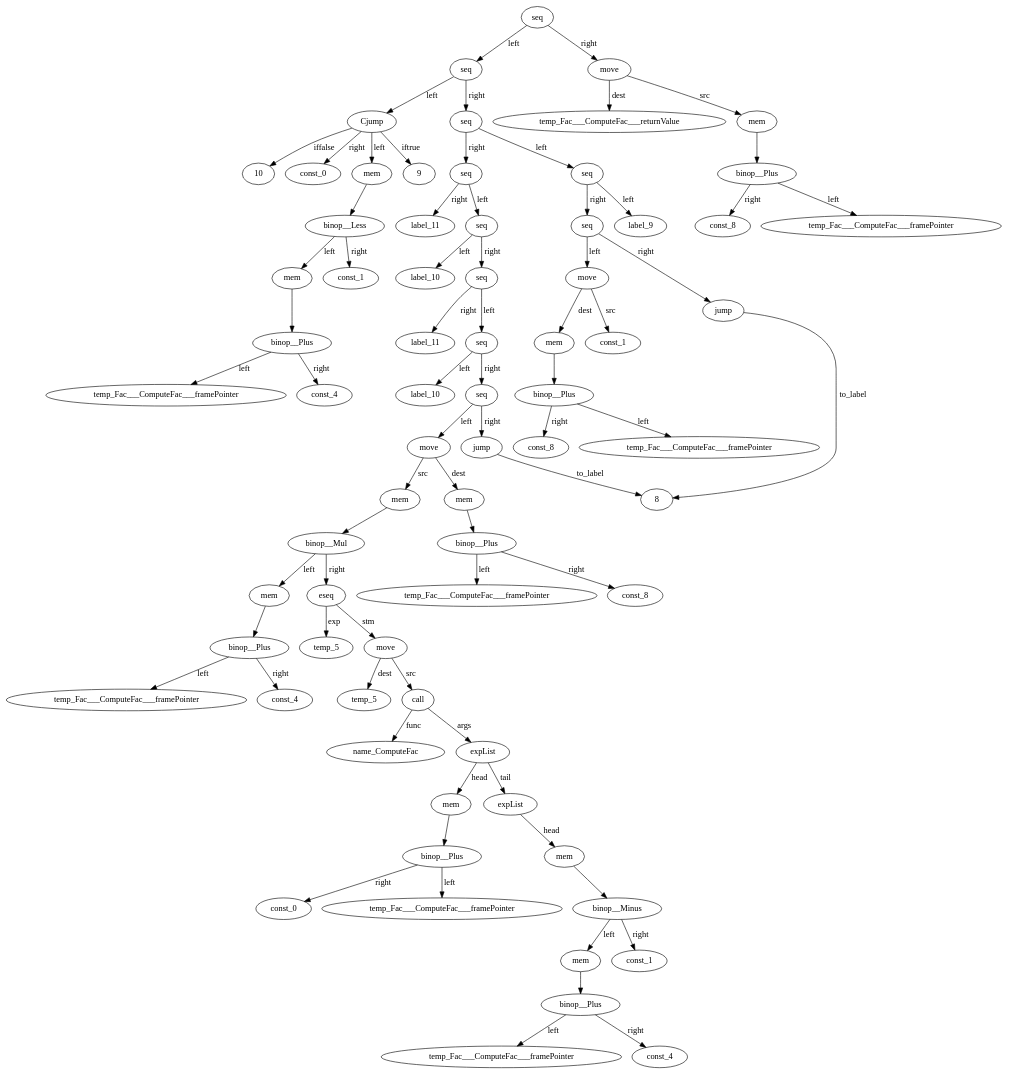
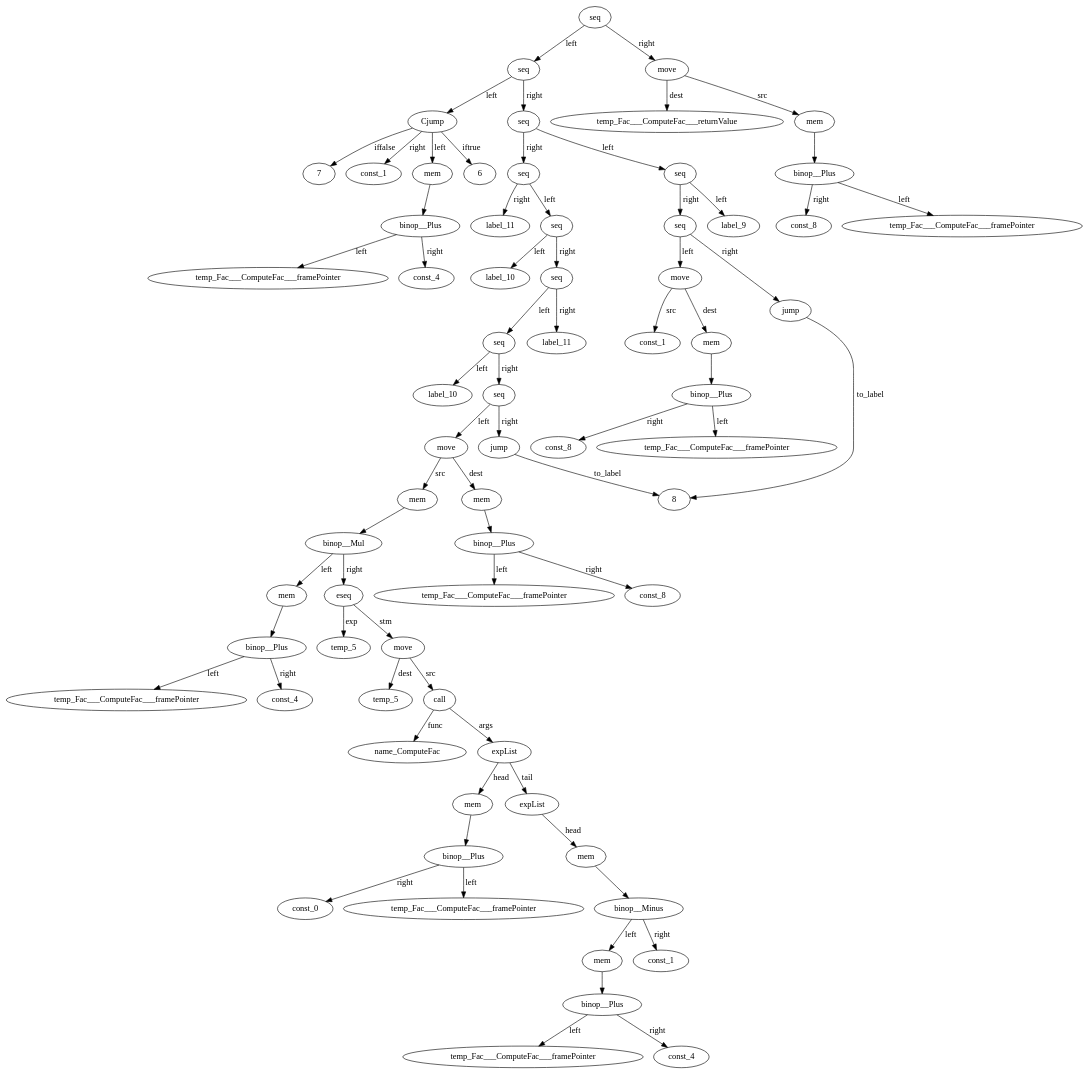
The diagram in Compiler/Compiler/IRTree_Fac___ComputeFac.dot (AnnaSavinova/GirlsHeapCompiler), drawn with Graphviz before and after one commit. The commit also changed 13 other files, not shown here.

```diff
--- a/Compiler/Compiler/IRTree_Fac___ComputeFac.dot
+++ b/Compiler/Compiler/IRTree_Fac___ComputeFac.dot
@@ -1,142 +1,136 @@
 digraph {
-const_0__id_0 [ label="const_0" ]; 
+const_1__id_0 [ label="const_1" ]; 
 temp_Fac___ComputeFac___framePointer__id_1 [ label="temp_Fac___ComputeFac___framePointer" ]; 
 const_4__id_2 [ label="const_4" ]; 
 binop__Plus__id_3 [ label="binop__Plus" ]; 
 binop__Plus__id_3 -> const_4__id_2 [ label="right"] ; 
 binop__Plus__id_3 -> temp_Fac___ComputeFac___framePointer__id_1 [ label="left"] ; 
 mem__id_4 [ label="mem" ]; 
 mem__id_4 -> binop__Plus__id_3 ; 
-const_1__id_5 [ label="const_1" ]; 
-binop__Less__id_6 [ label="binop__Less" ]; 
-binop__Less__id_6 -> const_1__id_5 [ label="right"] ; 
-binop__Less__id_6 -> mem__id_4 [ label="left"] ; 
-mem__id_7 [ label="mem" ]; 
-mem__id_7 -> binop__Less__id_6 ; 
-Cjump__id_8 [ label="Cjump" ]; 
-Cjump__id_8 -> const_0__id_0 [ label="right"] ; 
-Cjump__id_8 -> mem__id_7 [ label="left"] ; 
-Cjump__id_8 -> 9 [ label="iftrue"] ; 
-Cjump__id_8 -> 10 [ label="iffalse"] ; 
-label_9__id_9 [ label="label_9" ]; 
-temp_Fac___ComputeFac___framePointer__id_10 [ label="temp_Fac___ComputeFac___framePointer" ]; 
-const_8__id_11 [ label="const_8" ]; 
-binop__Plus__id_12 [ label="binop__Plus" ]; 
-binop__Plus__id_12 -> const_8__id_11 [ label="right"] ; 
-binop__Plus__id_12 -> temp_Fac___ComputeFac___framePointer__id_10 [ label="left"] ; 
-mem__id_13 [ label="mem" ]; 
-mem__id_13 -> binop__Plus__id_12 ; 
-const_1__id_14 [ label="const_1" ]; 
-move__id_15 [ label="move" ]; 
-move__id_15 -> mem__id_13 [ label="dest"] ; 
-move__id_15 -> const_1__id_14 [ label="src"] ; 
-jump__id_16 [ label="jump" ]; 
-jump__id_16 -> 8 [ label="to_label"] ; 
-seq__id_17 [ label="seq" ]; 
-seq__id_17 -> move__id_15 [ label="left"] ; 
-seq__id_17 -> jump__id_16 [ label="right"] ; 
-seq__id_18 [ label="seq" ]; 
-seq__id_18 -> label_9__id_9 [ label="left"] ; 
-seq__id_18 -> seq__id_17 [ label="right"] ; 
-label_10__id_19 [ label="label_10" ]; 
-label_10__id_20 [ label="label_10" ]; 
-temp_Fac___ComputeFac___framePointer__id_21 [ label="temp_Fac___ComputeFac___framePointer" ]; 
-const_8__id_22 [ label="const_8" ]; 
-binop__Plus__id_23 [ label="binop__Plus" ]; 
-binop__Plus__id_23 -> const_8__id_22 [ label="right"] ; 
-binop__Plus__id_23 -> temp_Fac___ComputeFac___framePointer__id_21 [ label="left"] ; 
-mem__id_24 [ label="mem" ]; 
-mem__id_24 -> binop__Plus__id_23 ; 
-temp_Fac___ComputeFac___framePointer__id_25 [ label="temp_Fac___ComputeFac___framePointer" ]; 
-const_4__id_26 [ label="const_4" ]; 
-binop__Plus__id_27 [ label="binop__Plus" ]; 
-binop__Plus__id_27 -> const_4__id_26 [ label="right"] ; 
-binop__Plus__id_27 -> temp_Fac___ComputeFac___framePointer__id_25 [ label="left"] ; 
-mem__id_28 [ label="mem" ]; 
-mem__id_28 -> binop__Plus__id_27 ; 
-temp_5__id_29 [ label="temp_5" ]; 
-name_ComputeFac__id_30 [ label="name_ComputeFac" ]; 
-temp_Fac___ComputeFac___framePointer__id_31 [ label="temp_Fac___ComputeFac___framePointer" ]; 
-const_0__id_32 [ label="const_0" ]; 
-binop__Plus__id_33 [ label="binop__Plus" ]; 
-binop__Plus__id_33 -> const_0__id_32 [ label="right"] ; 
-binop__Plus__id_33 -> temp_Fac___ComputeFac___framePointer__id_31 [ label="left"] ; 
-mem__id_34 [ label="mem" ]; 
-mem__id_34 -> binop__Plus__id_33 ; 
-temp_Fac___ComputeFac___framePointer__id_35 [ label="temp_Fac___ComputeFac___framePointer" ]; 
-const_4__id_36 [ label="const_4" ]; 
-binop__Plus__id_37 [ label="binop__Plus" ]; 
-binop__Plus__id_37 -> const_4__id_36 [ label="right"] ; 
-binop__Plus__id_37 -> temp_Fac___ComputeFac___framePointer__id_35 [ label="left"] ; 
+Cjump__id_5 [ label="Cjump" ]; 
+Cjump__id_5 -> const_1__id_0 [ label="right"] ; 
+Cjump__id_5 -> mem__id_4 [ label="left"] ; 
+Cjump__id_5 -> 6 [ label="iftrue"] ; 
+Cjump__id_5 -> 7 [ label="iffalse"] ; 
+label_9__id_6 [ label="label_9" ]; 
+temp_Fac___ComputeFac___framePointer__id_7 [ label="temp_Fac___ComputeFac___framePointer" ]; 
+const_8__id_8 [ label="const_8" ]; 
+binop__Plus__id_9 [ label="binop__Plus" ]; 
+binop__Plus__id_9 -> const_8__id_8 [ label="right"] ; 
+binop__Plus__id_9 -> temp_Fac___ComputeFac___framePointer__id_7 [ label="left"] ; 
+mem__id_10 [ label="mem" ]; 
+mem__id_10 -> binop__Plus__id_9 ; 
+const_1__id_11 [ label="const_1" ]; 
+move__id_12 [ label="move" ]; 
+move__id_12 -> mem__id_10 [ label="dest"] ; 
+move__id_12 -> const_1__id_11 [ label="src"] ; 
+jump__id_13 [ label="jump" ]; 
+jump__id_13 -> 8 [ label="to_label"] ; 
+seq__id_14 [ label="seq" ]; 
+seq__id_14 -> move__id_12 [ label="left"] ; 
+seq__id_14 -> jump__id_13 [ label="right"] ; 
+seq__id_15 [ label="seq" ]; 
+seq__id_15 -> label_9__id_6 [ label="left"] ; 
+seq__id_15 -> seq__id_14 [ label="right"] ; 
+label_10__id_16 [ label="label_10" ]; 
+label_10__id_17 [ label="label_10" ]; 
+temp_Fac___ComputeFac___framePointer__id_18 [ label="temp_Fac___ComputeFac___framePointer" ]; 
+const_8__id_19 [ label="const_8" ]; 
+binop__Plus__id_20 [ label="binop__Plus" ]; 
+binop__Plus__id_20 -> const_8__id_19 [ label="right"] ; 
+binop__Plus__id_20 -> temp_Fac___ComputeFac___framePointer__id_18 [ label="left"] ; 
+mem__id_21 [ label="mem" ]; 
+mem__id_21 -> binop__Plus__id_20 ; 
+temp_Fac___ComputeFac___framePointer__id_22 [ label="temp_Fac___ComputeFac___framePointer" ]; 
+const_4__id_23 [ label="const_4" ]; 
+binop__Plus__id_24 [ label="binop__Plus" ]; 
+binop__Plus__id_24 -> const_4__id_23 [ label="right"] ; 
+binop__Plus__id_24 -> temp_Fac___ComputeFac___framePointer__id_22 [ label="left"] ; 
+mem__id_25 [ label="mem" ]; 
+mem__id_25 -> binop__Plus__id_24 ; 
+temp_5__id_26 [ label="temp_5" ]; 
+name_ComputeFac__id_27 [ label="name_ComputeFac" ]; 
+temp_Fac___ComputeFac___framePointer__id_28 [ label="temp_Fac___ComputeFac___framePointer" ]; 
+const_0__id_29 [ label="const_0" ]; 
+binop__Plus__id_30 [ label="binop__Plus" ]; 
+binop__Plus__id_30 -> const_0__id_29 [ label="right"] ; 
+binop__Plus__id_30 -> temp_Fac___ComputeFac___framePointer__id_28 [ label="left"] ; 
+mem__id_31 [ label="mem" ]; 
+mem__id_31 -> binop__Plus__id_30 ; 
+temp_Fac___ComputeFac___framePointer__id_32 [ label="temp_Fac___ComputeFac___framePointer" ]; 
+const_4__id_33 [ label="const_4" ]; 
+binop__Plus__id_34 [ label="binop__Plus" ]; 
+binop__Plus__id_34 -> const_4__id_33 [ label="right"] ; 
+binop__Plus__id_34 -> temp_Fac___ComputeFac___framePointer__id_32 [ label="left"] ; 
+mem__id_35 [ label="mem" ]; 
+mem__id_35 -> binop__Plus__id_34 ; 
+const_1__id_36 [ label="const_1" ]; 
+binop__Minus__id_37 [ label="binop__Minus" ]; 
+binop__Minus__id_37 -> const_1__id_36 [ label="right"] ; 
+binop__Minus__id_37 -> mem__id_35 [ label="left"] ; 
 mem__id_38 [ label="mem" ]; 
-mem__id_38 -> binop__Plus__id_37 ; 
-const_1__id_39 [ label="const_1" ]; 
-binop__Minus__id_40 [ label="binop__Minus" ]; 
-binop__Minus__id_40 -> const_1__id_39 [ label="right"] ; 
-binop__Minus__id_40 -> mem__id_38 [ label="left"] ; 
-mem__id_41 [ label="mem" ]; 
-mem__id_41 -> binop__Minus__id_40 ; 
-expList__id_42 [ label="expList" ]; 
-expList__id_42 -> mem__id_41 [ label="head"] ; 
-expList__id_43 [ label="expList" ]; 
-expList__id_43 -> mem__id_34 [ label="head"] ; 
-expList__id_43 -> expList__id_42 [ label="tail"] ; 
-call__id_44 [ label="call" ]; 
-call__id_44 -> name_ComputeFac__id_30 [ label="func"] ; 
-call__id_44 -> expList__id_43 [ label="args"] ; 
-move__id_45 [ label="move" ]; 
-move__id_45 -> temp_5__id_29 [ label="dest"] ; 
-move__id_45 -> call__id_44 [ label="src"] ; 
-temp_5__id_46 [ label="temp_5" ]; 
-eseq__id_47 [ label="eseq" ]; 
-eseq__id_47 -> temp_5__id_46 [ label="exp"] ; 
-eseq__id_47 -> move__id_45 [ label="stm"] ; 
-binop__Mul__id_48 [ label="binop__Mul" ]; 
-binop__Mul__id_48 -> eseq__id_47 [ label="right"] ; 
-binop__Mul__id_48 -> mem__id_28 [ label="left"] ; 
-mem__id_49 [ label="mem" ]; 
-mem__id_49 -> binop__Mul__id_48 ; 
-move__id_50 [ label="move" ]; 
-move__id_50 -> mem__id_24 [ label="dest"] ; 
-move__id_50 -> mem__id_49 [ label="src"] ; 
-jump__id_51 [ label="jump" ]; 
-jump__id_51 -> 8 [ label="to_label"] ; 
+mem__id_38 -> binop__Minus__id_37 ; 
+expList__id_39 [ label="expList" ]; 
+expList__id_39 -> mem__id_38 [ label="head"] ; 
+expList__id_40 [ label="expList" ]; 
+expList__id_40 -> mem__id_31 [ label="head"] ; 
+expList__id_40 -> expList__id_39 [ label="tail"] ; 
+call__id_41 [ label="call" ]; 
+call__id_41 -> name_ComputeFac__id_27 [ label="func"] ; 
+call__id_41 -> expList__id_40 [ label="args"] ; 
+move__id_42 [ label="move" ]; 
+move__id_42 -> temp_5__id_26 [ label="dest"] ; 
+move__id_42 -> call__id_41 [ label="src"] ; 
+temp_5__id_43 [ label="temp_5" ]; 
+eseq__id_44 [ label="eseq" ]; 
+eseq__id_44 -> temp_5__id_43 [ label="exp"] ; 
+eseq__id_44 -> move__id_42 [ label="stm"] ; 
+binop__Mul__id_45 [ label="binop__Mul" ]; 
+binop__Mul__id_45 -> eseq__id_44 [ label="right"] ; 
+binop__Mul__id_45 -> mem__id_25 [ label="left"] ; 
+mem__id_46 [ label="mem" ]; 
+mem__id_46 -> binop__Mul__id_45 ; 
+move__id_47 [ label="move" ]; 
+move__id_47 -> mem__id_21 [ label="dest"] ; 
+move__id_47 -> mem__id_46 [ label="src"] ; 
+jump__id_48 [ label="jump" ]; 
+jump__id_48 -> 8 [ label="to_label"] ; 
+seq__id_49 [ label="seq" ]; 
+seq__id_49 -> move__id_47 [ label="left"] ; 
+seq__id_49 -> jump__id_48 [ label="right"] ; 
+seq__id_50 [ label="seq" ]; 
+seq__id_50 -> label_10__id_17 [ label="left"] ; 
+seq__id_50 -> seq__id_49 [ label="right"] ; 
+label_11__id_51 [ label="label_11" ]; 
 seq__id_52 [ label="seq" ]; 
-seq__id_52 -> move__id_50 [ label="left"] ; 
-seq__id_52 -> jump__id_51 [ label="right"] ; 
+seq__id_52 -> seq__id_50 [ label="left"] ; 
+seq__id_52 -> label_11__id_51 [ label="right"] ; 
 seq__id_53 [ label="seq" ]; 
-seq__id_53 -> label_10__id_20 [ label="left"] ; 
+seq__id_53 -> label_10__id_16 [ label="left"] ; 
 seq__id_53 -> seq__id_52 [ label="right"] ; 
 label_11__id_54 [ label="label_11" ]; 
 seq__id_55 [ label="seq" ]; 
 seq__id_55 -> seq__id_53 [ label="left"] ; 
 seq__id_55 -> label_11__id_54 [ label="right"] ; 
 seq__id_56 [ label="seq" ]; 
-seq__id_56 -> label_10__id_19 [ label="left"] ; 
+seq__id_56 -> seq__id_15 [ label="left"] ; 
 seq__id_56 -> seq__id_55 [ label="right"] ; 
-label_11__id_57 [ label="label_11" ]; 
-seq__id_58 [ label="seq" ]; 
-seq__id_58 -> seq__id_56 [ label="left"] ; 
-seq__id_58 -> label_11__id_57 [ label="right"] ; 
-seq__id_59 [ label="seq" ]; 
-seq__id_59 -> seq__id_18 [ label="left"] ; 
-seq__id_59 -> seq__id_58 [ label="right"] ; 
-seq__id_60 [ label="seq" ]; 
-seq__id_60 -> Cjump__id_8 [ label="left"] ; 
-seq__id_60 -> seq__id_59 [ label="right"] ; 
-temp_Fac___ComputeFac___returnValue__id_61 [ label="temp_Fac___ComputeFac___returnValue" ]; 
-temp_Fac___ComputeFac___framePointer__id_62 [ label="temp_Fac___ComputeFac___framePointer" ]; 
-const_8__id_63 [ label="const_8" ]; 
-binop__Plus__id_64 [ label="binop__Plus" ]; 
-binop__Plus__id_64 -> const_8__id_63 [ label="right"] ; 
-binop__Plus__id_64 -> temp_Fac___ComputeFac___framePointer__id_62 [ label="left"] ; 
-mem__id_65 [ label="mem" ]; 
-mem__id_65 -> binop__Plus__id_64 ; 
-move__id_66 [ label="move" ]; 
-move__id_66 -> temp_Fac___ComputeFac___returnValue__id_61 [ label="dest"] ; 
-move__id_66 -> mem__id_65 [ label="src"] ; 
-seq__id_67 [ label="seq" ]; 
-seq__id_67 -> seq__id_60 [ label="left"] ; 
-seq__id_67 -> move__id_66 [ label="right"] ; 
+seq__id_57 [ label="seq" ]; 
+seq__id_57 -> Cjump__id_5 [ label="left"] ; 
+seq__id_57 -> seq__id_56 [ label="right"] ; 
+temp_Fac___ComputeFac___returnValue__id_58 [ label="temp_Fac___ComputeFac___returnValue" ]; 
+temp_Fac___ComputeFac___framePointer__id_59 [ label="temp_Fac___ComputeFac___framePointer" ]; 
+const_8__id_60 [ label="const_8" ]; 
+binop__Plus__id_61 [ label="binop__Plus" ]; 
+binop__Plus__id_61 -> const_8__id_60 [ label="right"] ; 
+binop__Plus__id_61 -> temp_Fac___ComputeFac___framePointer__id_59 [ label="left"] ; 
+mem__id_62 [ label="mem" ]; 
+mem__id_62 -> binop__Plus__id_61 ; 
+move__id_63 [ label="move" ]; 
+move__id_63 -> temp_Fac___ComputeFac___returnValue__id_58 [ label="dest"] ; 
+move__id_63 -> mem__id_62 [ label="src"] ; 
+seq__id_64 [ label="seq" ]; 
+seq__id_64 -> seq__id_57 [ label="left"] ; 
+seq__id_64 -> move__id_63 [ label="right"] ; 
 
 }
```
